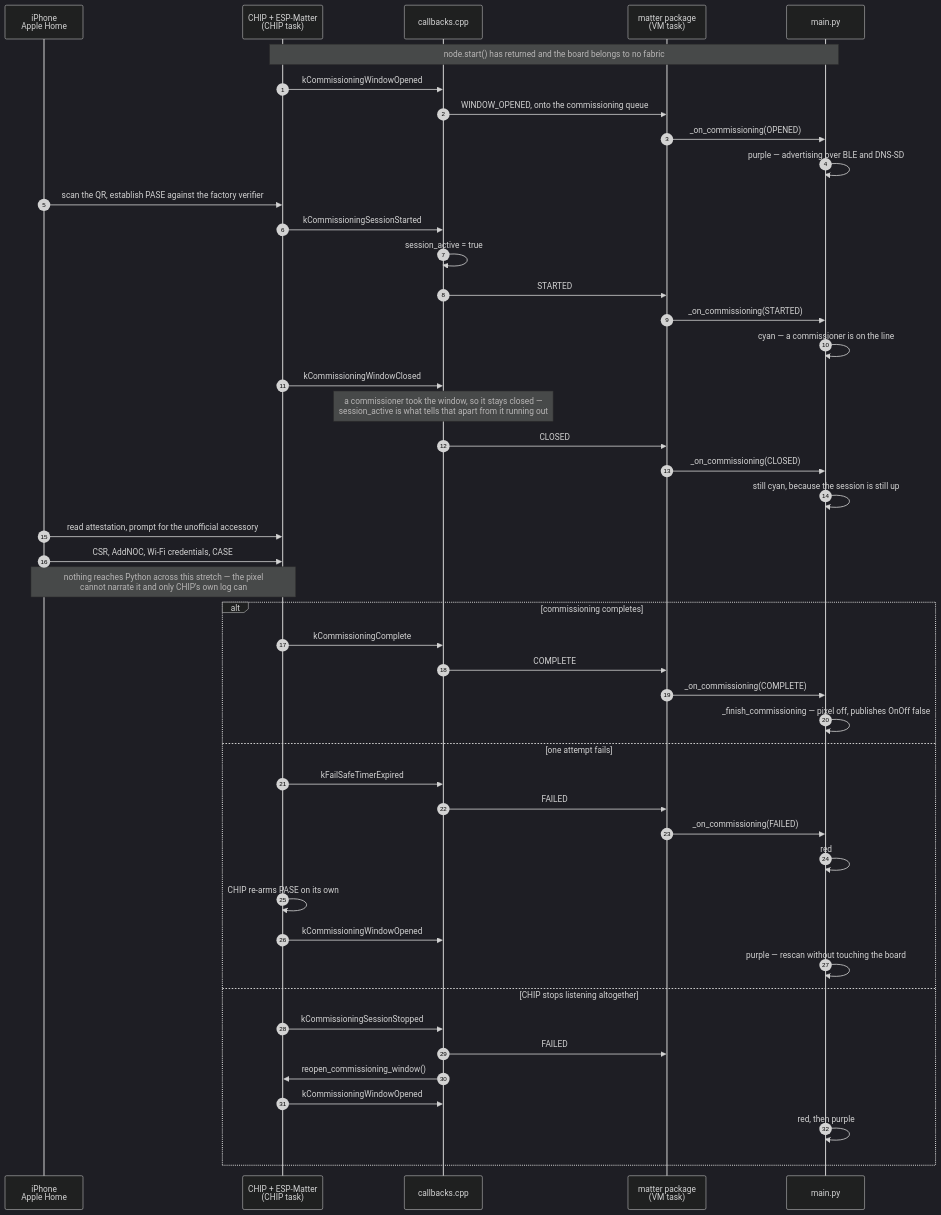
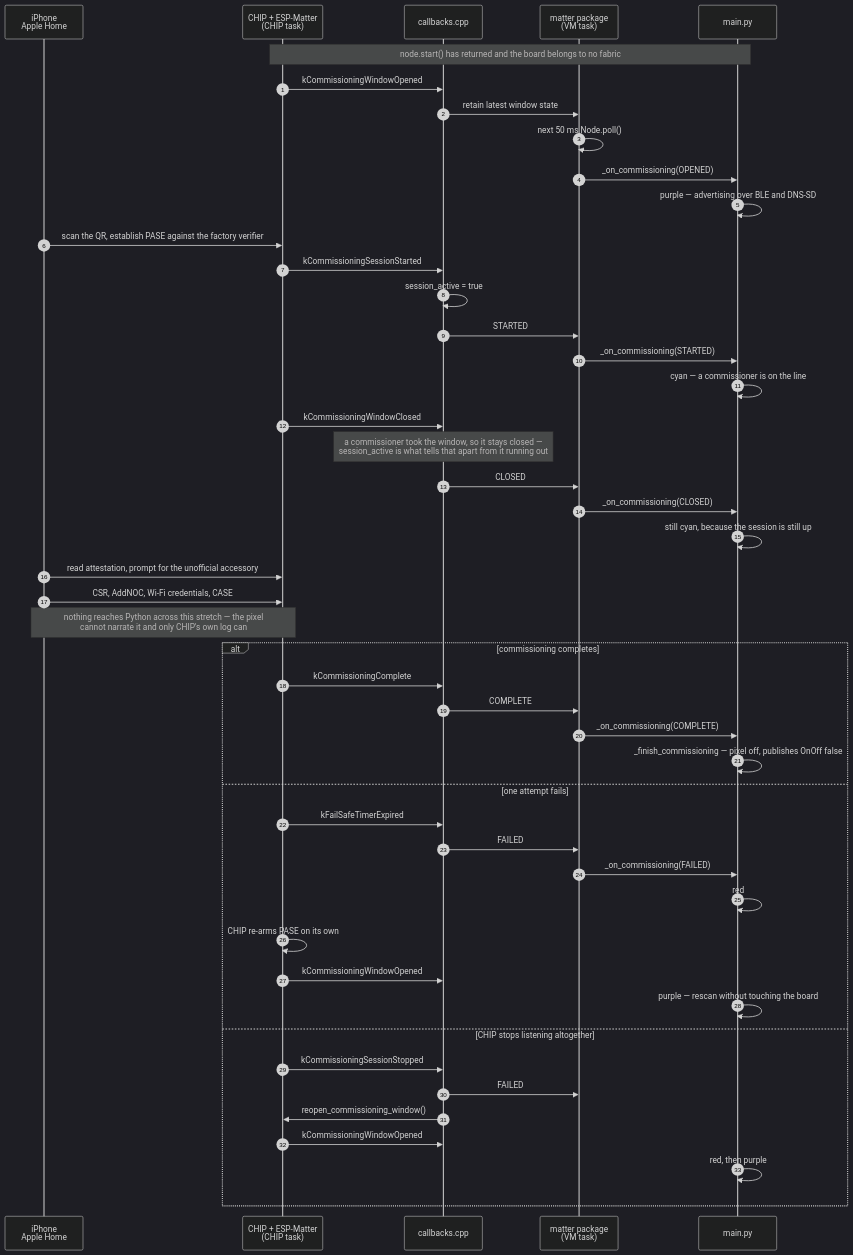
One commit to khlam/micropython-boardfarm changed the diagram in projects/matter/README.md. Above: the diagram before and after it, drawn with Mermaid (dark theme). The commit also changed other lines of this file and 37 other files, not shown here.

````diff
--- a/projects/matter/README.md
+++ b/projects/matter/README.md
@@ -126,54 +126,55 @@
 ```mermaid
 sequenceDiagram
     autonumber
     participant home as iPhone<br/>Apple Home
     participant chip as CHIP + ESP-Matter<br/>(CHIP task)
     participant cb as callbacks.cpp
     participant py as matter package<br/>(VM task)
     participant app as main.py
 
     Note over app,chip: node.start() has returned and the board belongs to no fabric
 
     chip->>cb: kCommissioningWindowOpened
-    cb->>py: WINDOW_OPENED, onto the commissioning queue
+    cb->>py: retain latest window state
+    py->>py: next 50 ms Node.poll()
     py->>app: _on_commissioning(OPENED)
     app->>app: purple — advertising over BLE and DNS-SD
 
     home->>chip: scan the QR, establish PASE against the factory verifier
     chip->>cb: kCommissioningSessionStarted
     cb->>cb: session_active = true
     cb->>py: STARTED
     py->>app: _on_commissioning(STARTED)
     app->>app: cyan — a commissioner is on the line
 
     chip->>cb: kCommissioningWindowClosed
     Note over cb: a commissioner took the window, so it stays closed —<br/>session_active is what tells that apart from it running out
     cb->>py: CLOSED
     py->>app: _on_commissioning(CLOSED)
     app->>app: still cyan, because the session is still up
 
     home->>chip: read attestation, prompt for the unofficial accessory
     home->>chip: CSR, AddNOC, Wi-Fi credentials, CASE
     Note over home,chip: nothing reaches Python across this stretch — the pixel<br/>cannot narrate it and only CHIP's own log can
 
     alt commissioning completes
         chip->>cb: kCommissioningComplete
         cb->>py: COMPLETE
         py->>app: _on_commissioning(COMPLETE)
         app->>app: _finish_commissioning — pixel off, publishes OnOff false
     else one attempt fails
         chip->>cb: kFailSafeTimerExpired
         cb->>py: FAILED
         py->>app: _on_commissioning(FAILED)
         app->>app: red
         chip->>chip: CHIP re-arms PASE on its own
         chip->>cb: kCommissioningWindowOpened
         app->>app: purple — rescan without touching the board
     else CHIP stops listening altogether
         chip->>cb: kCommissioningSessionStopped
         cb->>py: FAILED
         cb->>chip: reopen_commissioning_window()
         chip->>cb: kCommissioningWindowOpened
         app->>app: red, then purple
     end
 ```
````
